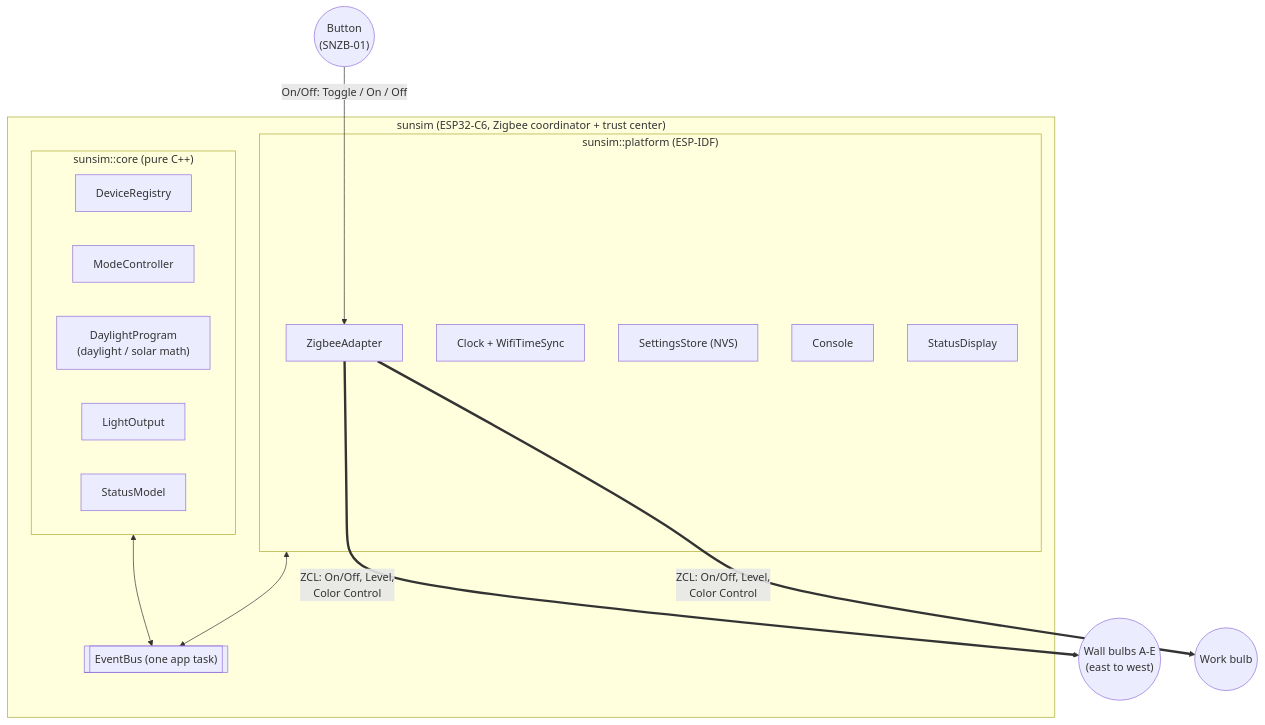
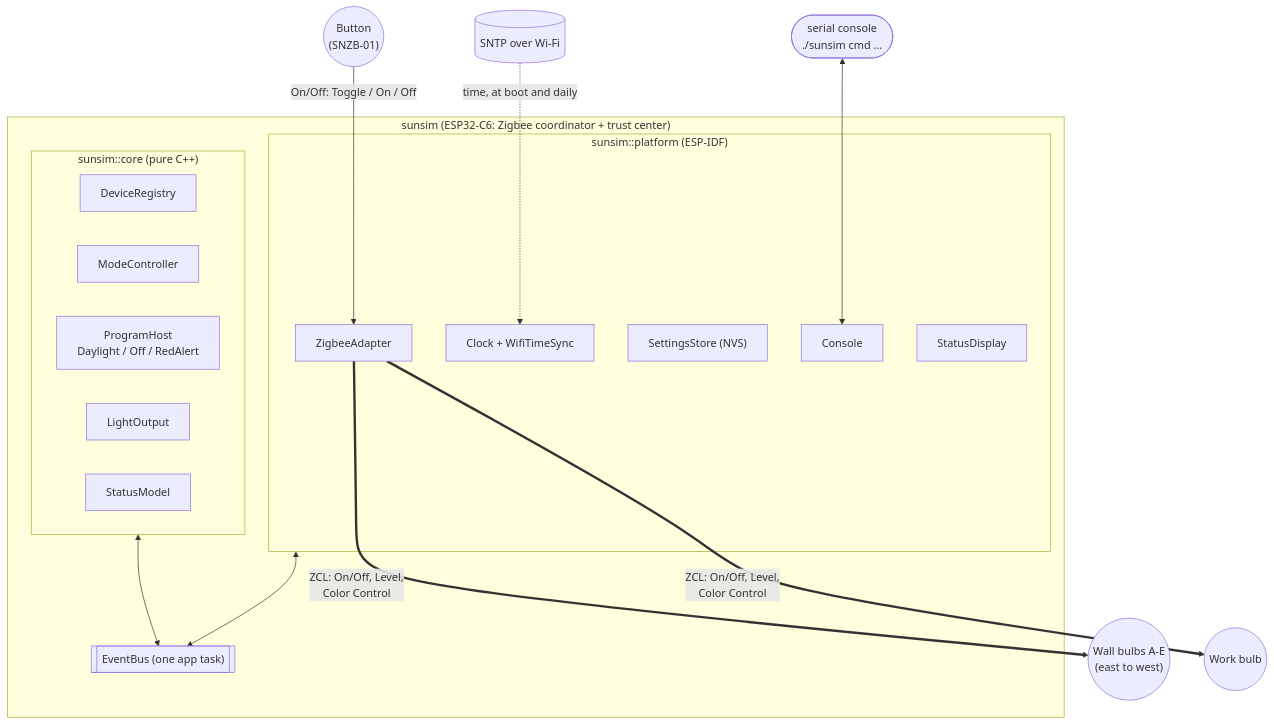
Before and after one commit to bjerre/sunsim: the first of 5 diagrams in DESIGN.md, drawn with Mermaid. The commit also changed other lines of this file and 6 other files, not shown here.

First line of the commit message:
Docs: ARCHITECTURE.md as built, class diagrams, corrected diagrams

````diff
--- a/DESIGN.md
+++ b/DESIGN.md
@@ -8,29 +8,33 @@
 ```mermaid
 flowchart TB
-    subgraph Coordinator["sunsim (ESP32-C6, Zigbee coordinator + trust center)"]
+    subgraph Coordinator["sunsim (ESP32-C6: Zigbee coordinator + trust center)"]
         Bus[["EventBus (one app task)"]]
         subgraph Core["sunsim::core (pure C++)"]
             Reg[DeviceRegistry]
             Mode[ModeController]
-            Prog["DaylightProgram<br/>(daylight / solar math)"]
+            Prog["ProgramHost<br/>Daylight / Off / RedAlert"]
             Out[LightOutput]
             Stat[StatusModel]
         end
         subgraph Platform["sunsim::platform (ESP-IDF)"]
             ZA[ZigbeeAdapter]
             Clk["Clock + WifiTimeSync"]
             Set["SettingsStore (NVS)"]
             Con[Console]
             Disp[StatusDisplay]
         end
         Core <--> Bus
         Platform <--> Bus
     end
 
     Wall(("Wall bulbs A-E<br/>(east to west)"))
     Work((Work bulb))
     Switch(("Button<br/>(SNZB-01)"))
+    NTP[("SNTP over Wi-Fi")]
+    User(["serial console<br/>./sunsim cmd ..."])
 
     ZA == "ZCL: On/Off, Level,<br/>Color Control" ==> Wall & Work
     Switch -- "On/Off: Toggle / On / Off" --> ZA
+    NTP -. "time, at boot and daily" .-> Clk
+    User <--> Con
 ```
````
